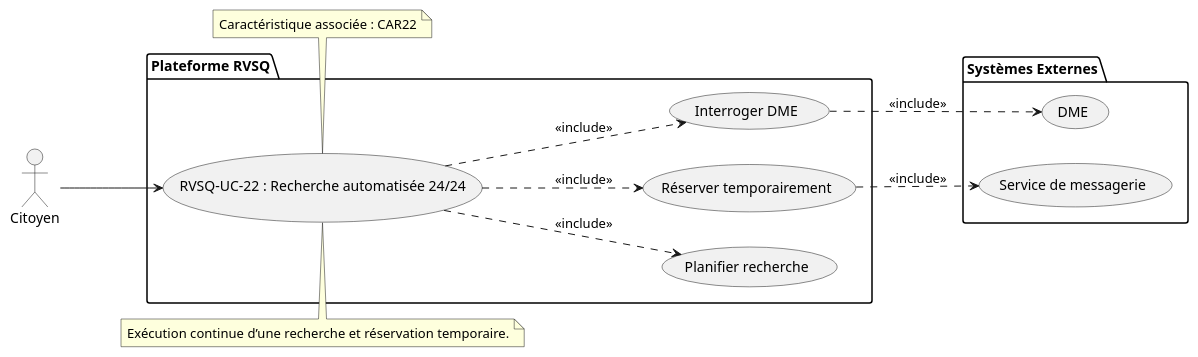
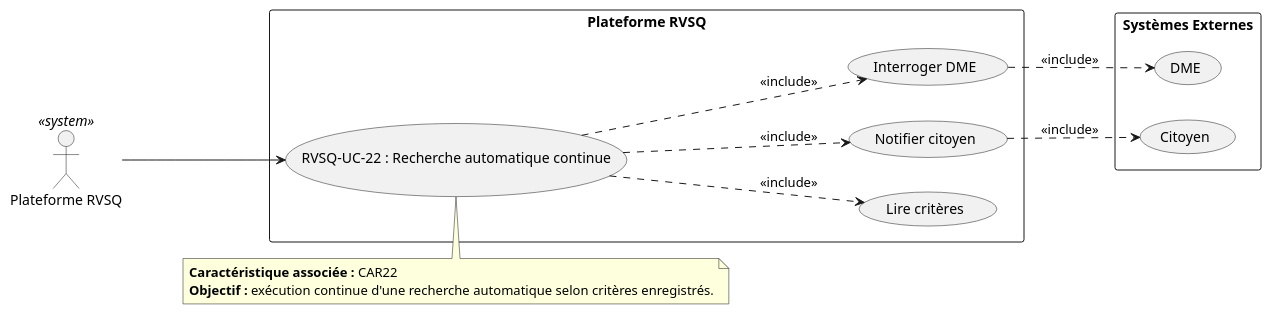
Before and after one commit to serghino/use-cases-RVSQ: the diagram in RVSQ-UC-22_Recherche_Automatique_Continue.puml, drawn with PlantUML. The commit also changed 25 other files, not shown here.

```diff
--- a/RVSQ-UC-22_Recherche_Automatique_Continue.puml
+++ b/RVSQ-UC-22_Recherche_Automatique_Continue.puml
@@ -1,32 +1,29 @@
 @startuml RVSQ-UC-22_Recherche_Automatique_Continue
 left to right direction
-actor "Citoyen" as a1
 
-package "Plateforme RVSQ" {
-  usecase "RVSQ-UC-22 : Recherche automatisée 24/24" as UC22
-  usecase "Planifier recherche" as UC22_1
-  usecase "Interroger DME" as UC22_2
-  usecase "Réserver temporairement" as UC22_3
+actor "Plateforme RVSQ" as RVSQActor <<system>>
+
+rectangle "Plateforme RVSQ" {
+  usecase "RVSQ-UC-22 : Recherche automatique continue" as UC22
+  usecase "Lire critères" as UC22_A
+  usecase "Interroger DME" as UC22_B
+  usecase "Notifier citoyen" as UC22_C
 }
 
-package "Systèmes Externes" {
+rectangle "Systèmes Externes" {
   usecase "DME" as DME
-  usecase "Service de messagerie" as MSG
+  usecase "Citoyen" as Citoyen
 }
 
-a1 --> UC22
-
-UC22 ..> UC22_1 : <<include>>
-UC22 ..> UC22_2 : <<include>>
-UC22 ..> UC22_3 : <<include>>
-UC22_2 ..> DME : <<include>>
-UC22_3 ..> MSG : <<include>>
+RVSQActor --> UC22
+UC22 ..> UC22_A : <<include>>
+UC22 ..> UC22_B : <<include>>
+UC22 ..> UC22_C : <<include>>
+UC22_B ..> DME : <<include>>
+UC22_C ..> Citoyen : <<include>>
 
 note top of UC22
-Exécution continue d’une recherche et réservation temporaire.
-end note
-
-note bottom of UC22
-Caractéristique associée : CAR22
+  **Caractéristique associée :** CAR22
+  **Objectif :** exécution continue d'une recherche automatique selon critères enregistrés.
 end note
 @enduml
```
